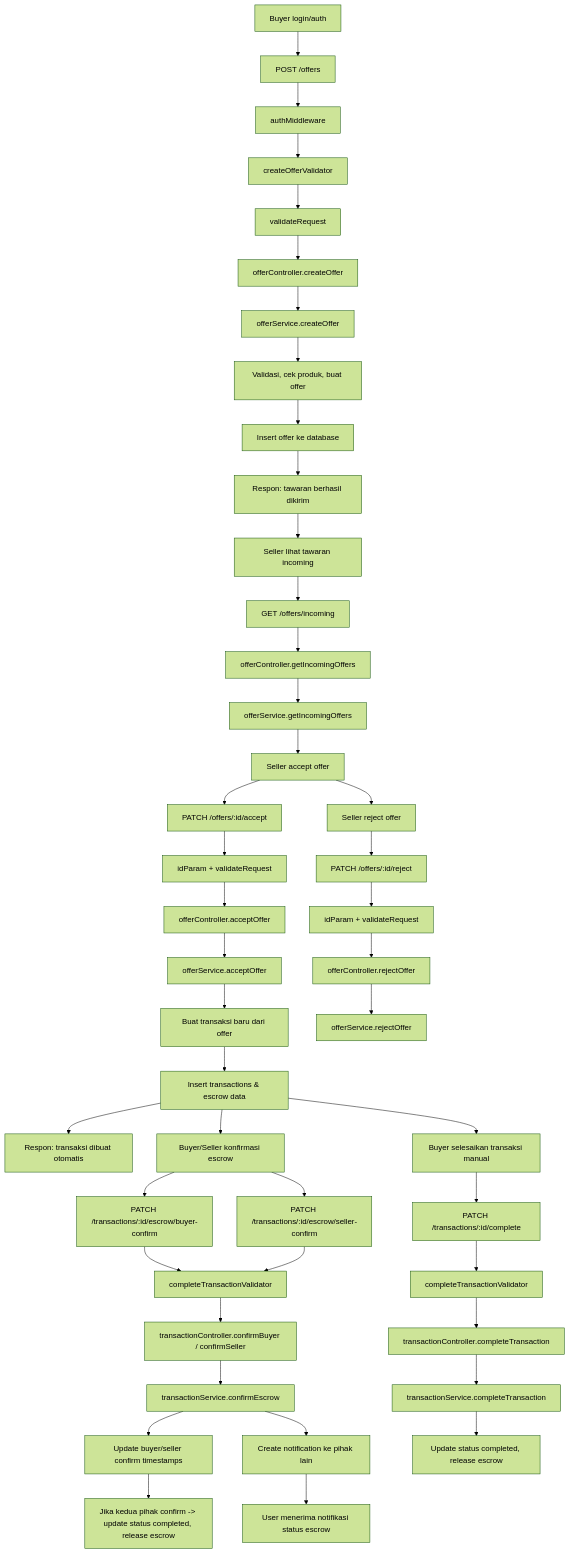
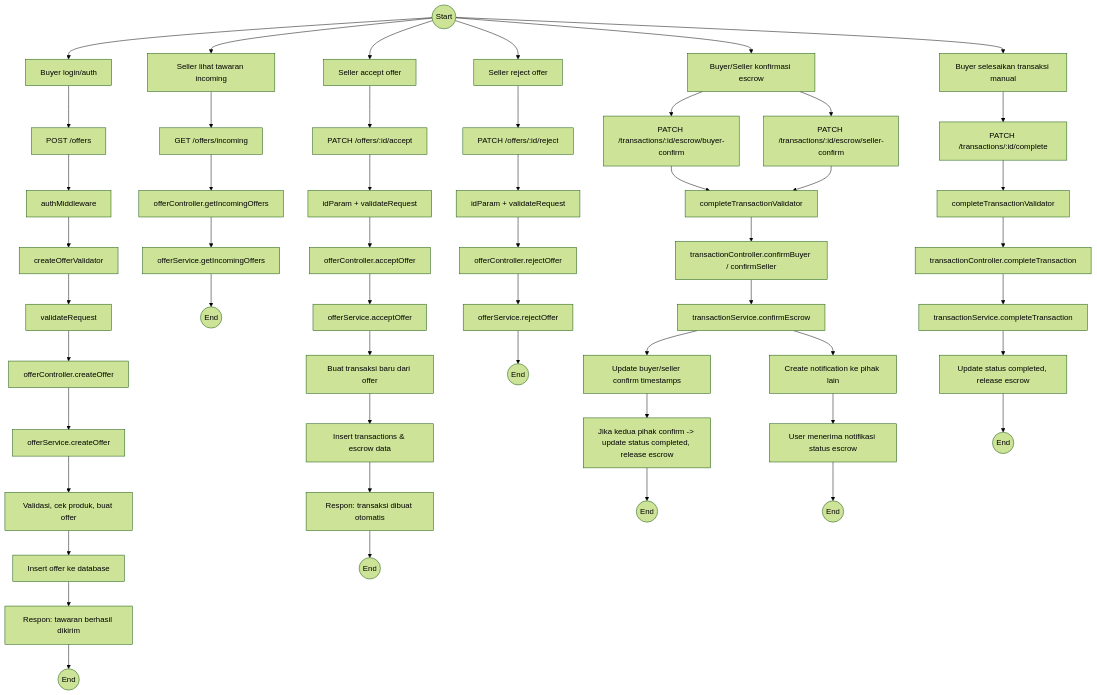
One commit to asuka2505l-netizen/babepus-client changed the third of 4 diagrams in Diagram_Alur_Pemesanan_dan_Pemostingan_Barang.md. Above: the diagram before and after it, drawn with Mermaid (forest theme). The commit also changed other lines of this file, not shown here.

````diff
--- a/Diagram_Alur_Pemesanan_dan_Pemostingan_Barang.md
+++ b/Diagram_Alur_Pemesanan_dan_Pemostingan_Barang.md
@@ -41,52 +80,60 @@
 ```mermaid
 graph TD
-  A[Buyer login/auth] --> B[POST /offers]
+  StartB((Start)) --> A[Buyer login/auth]
+  A --> B[POST /offers]
   B --> C[authMiddleware]
   C --> D[createOfferValidator]
   D --> E[validateRequest]
   E --> F[offerController.createOffer]
   F --> G[offerService.createOffer]
   G --> H[Validasi, cek produk, buat offer]
   H --> I[Insert offer ke database]
   I --> J[Respon: tawaran berhasil dikirim]
+  J --> EndOffer((End))
 
-  J --> K[Seller lihat tawaran incoming]
+  StartB --> K[Seller lihat tawaran incoming]
   K --> L[GET /offers/incoming]
   L --> M[offerController.getIncomingOffers]
   M --> N[offerService.getIncomingOffers]
+  N --> EndIncoming((End))
 
-  N --> O[Seller accept offer]
+  StartB --> O[Seller accept offer]
   O --> P[PATCH /offers/:id/accept]
   P --> Q[idParam + validateRequest]
   Q --> R[offerController.acceptOffer]
   R --> S[offerService.acceptOffer]
   S --> T[Buat transaksi baru dari offer]
   T --> U[Insert transactions & escrow data]
   U --> V[Respon: transaksi dibuat otomatis]
+  V --> EndAccept((End))
 
-  O --> W[Seller reject offer]
+  StartB --> W[Seller reject offer]
   W --> X[PATCH /offers/:id/reject]
   X --> Y[idParam + validateRequest]
   Y --> Z[offerController.rejectOffer]
   Z --> AA[offerService.rejectOffer]
+  AA --> EndReject((End))
 
-  U --> AB[Buyer/Seller konfirmasi escrow]
+  StartB --> AB[Buyer/Seller konfirmasi escrow]
   AB --> AC[PATCH /transactions/:id/escrow/buyer-confirm]
   AB --> AD[PATCH /transactions/:id/escrow/seller-confirm]
   AC --> AE[completeTransactionValidator]
   AD --> AE
   AE --> AF[transactionController.confirmBuyer / confirmSeller]
   AF --> AG[transactionService.confirmEscrow]
   AG --> AH[Update buyer/seller confirm timestamps]
   AH --> AI[Jika kedua pihak confirm -> update status completed, release escrow]
+  AI --> EndEscrow((End))
 
-  U --> AJ[Buyer selesaikan transaksi manual]
+  StartB --> AJ[Buyer selesaikan transaksi manual]
   AJ --> AK[PATCH /transactions/:id/complete]
   AK --> AL[completeTransactionValidator]
   AL --> AM[transactionController.completeTransaction]
   AM --> AN[transactionService.completeTransaction]
   AN --> AO[Update status completed, release escrow]
+  AO --> EndManual((End))
 
   AG --> AP[Create notification ke pihak lain]
   AP --> AQ[User menerima notifikasi status escrow]
+  AQ --> EndNotification((End))
 ```
````
